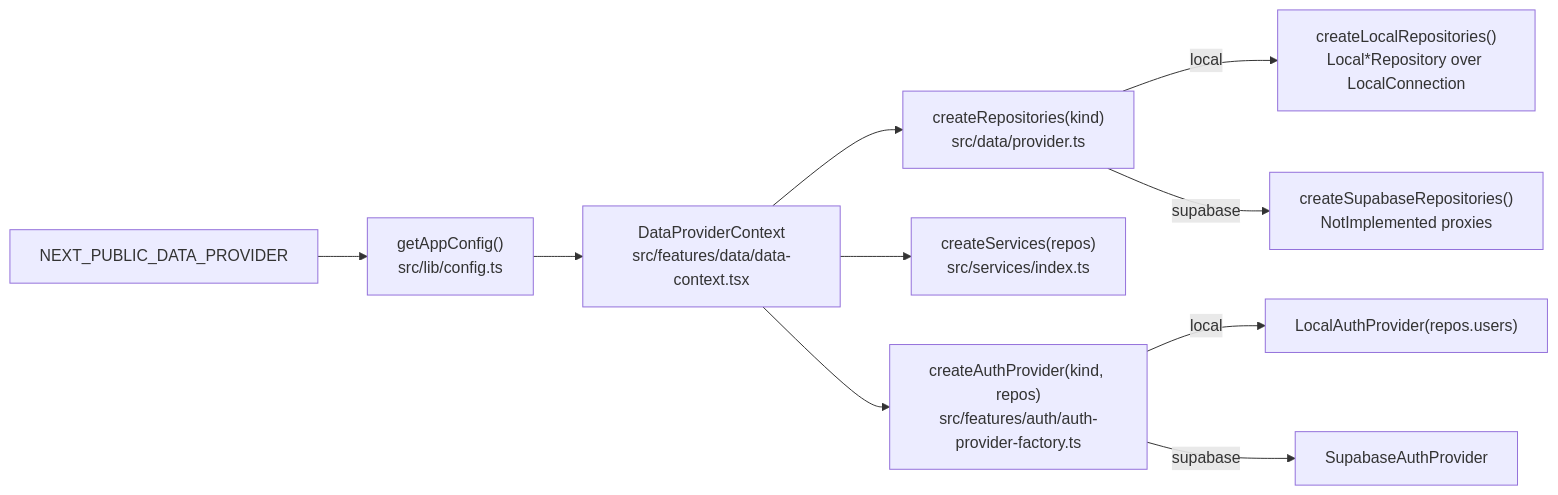
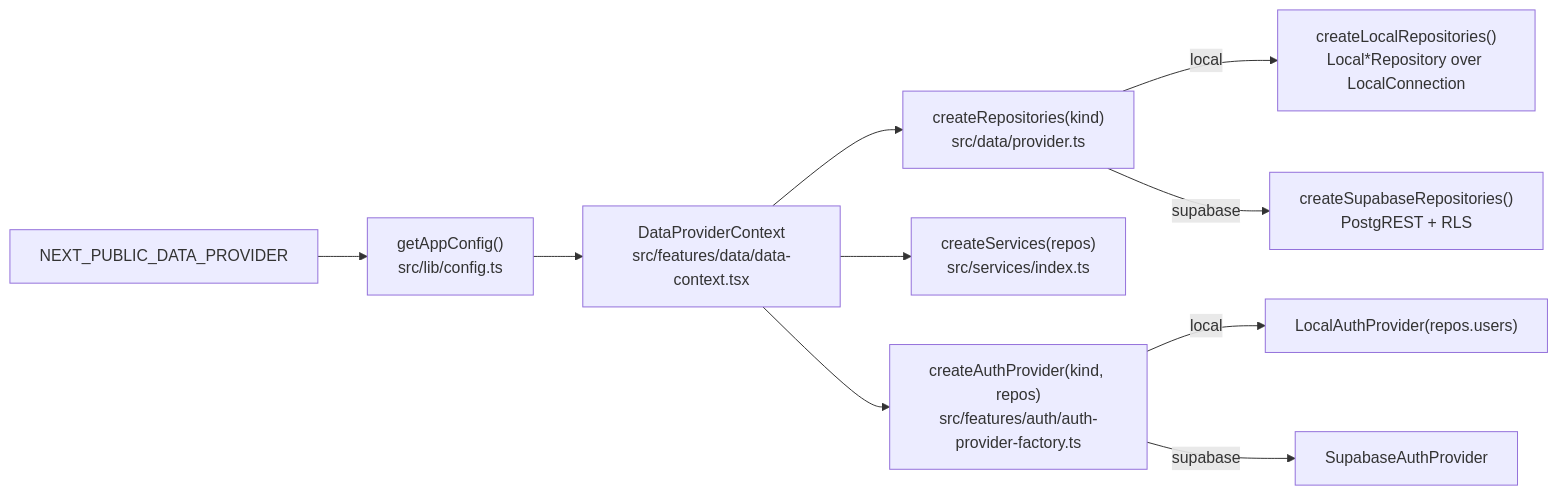
The second of 3 diagrams in README.md (westmere7/RMIT_Streamline), drawn with Mermaid before and after one commit. The commit also changed other lines of this file and 8 other files, not shown here.

````diff
--- a/README.md
+++ b/README.md
@@ -236,12 +251,12 @@
 ```mermaid
 flowchart LR
     ENV["NEXT_PUBLIC_DATA_PROVIDER"] --> CFG["getAppConfig()<br/>src/lib/config.ts"]
     CFG --> DPC["DataProviderContext<br/>src/features/data/data-context.tsx"]
     DPC --> CR["createRepositories(kind)<br/>src/data/provider.ts"]
     DPC --> CS["createServices(repos)<br/>src/services/index.ts"]
     DPC --> CA["createAuthProvider(kind, repos)<br/>src/features/auth/auth-provider-factory.ts"]
     CR -->|local| L["createLocalRepositories()<br/>Local*Repository over LocalConnection"]
-    CR -->|supabase| S["createSupabaseRepositories()<br/>NotImplemented proxies"]
+    CR -->|supabase| S["createSupabaseRepositories()<br/>PostgREST + RLS"]
     CA -->|local| LA["LocalAuthProvider(repos.users)"]
     CA -->|supabase| SA["SupabaseAuthProvider"]
 ```
````
